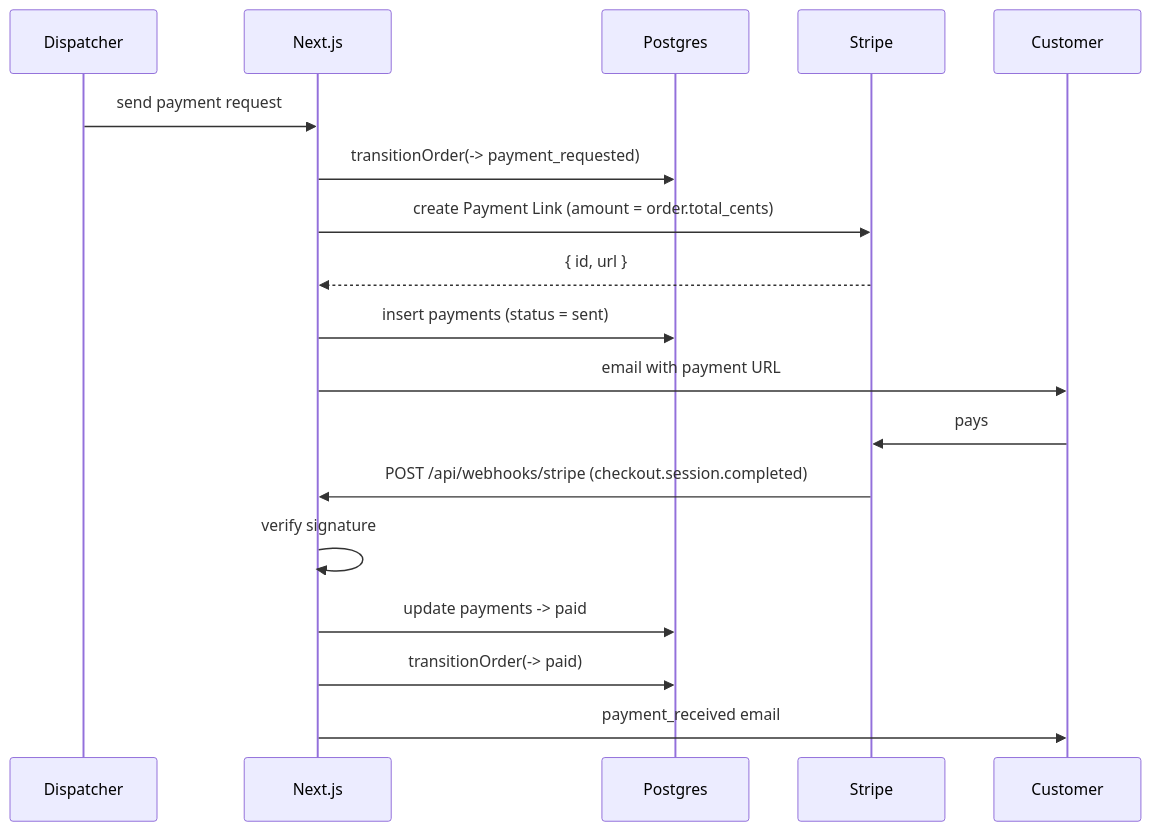
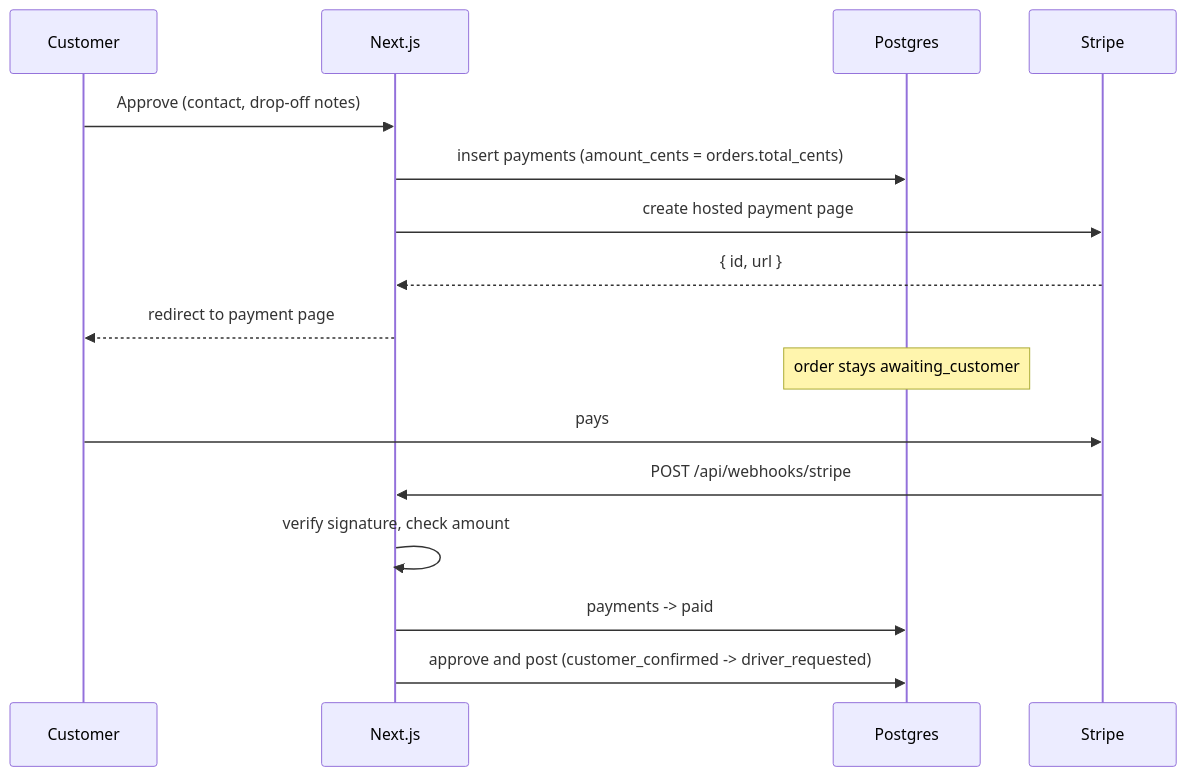
The diagram in docs/architecture/09-payments.md (apalumbiLS/DeliveryApp), drawn with Mermaid before and after one commit. The commit also changed other lines of this file and 32 other files, not shown here.

````diff
--- a/docs/architecture/09-payments.md
+++ b/docs/architecture/09-payments.md
@@ -30,22 +15,20 @@
 ```mermaid
 sequenceDiagram
-    participant D as Dispatcher
+    participant C as Customer
     participant App as Next.js
     participant DB as Postgres
     participant ST as Stripe
-    participant C as Customer
 
-    D->>App: send payment request
-    App->>DB: transitionOrder(-> payment_requested)
-    App->>ST: create Payment Link (amount = order.total_cents)
+    C->>App: Approve (contact, drop-off notes)
+    App->>DB: insert payments (amount_cents = orders.total_cents)
+    App->>ST: create hosted payment page
     ST-->>App: { id, url }
-    App->>DB: insert payments (status = sent)
-    App->>C: email with payment URL
+    App-->>C: redirect to payment page
+    Note over DB: order stays awaiting_customer
 
     C->>ST: pays
-    ST->>App: POST /api/webhooks/stripe (checkout.session.completed)
-    App->>App: verify signature
-    App->>DB: update payments -> paid
-    App->>DB: transitionOrder(-> paid)
-    App->>C: payment_received email
+    ST->>App: POST /api/webhooks/stripe
+    App->>App: verify signature, check amount
+    App->>DB: payments -> paid
+    App->>DB: approve and post (customer_confirmed -> driver_requested)
 ```
````
